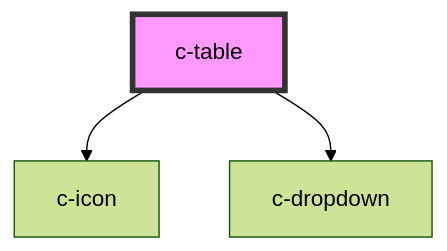
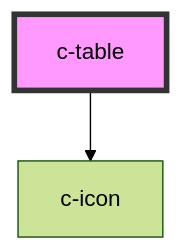
One commit to scania-digital-design-system/sdds changed the diagram in components/src/components/table/readme.md. Above: the diagram before and after it, drawn with Mermaid (forest theme). The commit also changed other lines of this file and 9 other files, not shown here.

````diff
--- a/components/src/components/table/readme.md
+++ b/components/src/components/table/readme.md
@@ -39,6 +38,5 @@
 ```mermaid
 graph TD;
   c-table --> c-icon
-  c-table --> c-dropdown
   style c-table fill:#f9f,stroke:#333,stroke-width:4px
 ```
````
